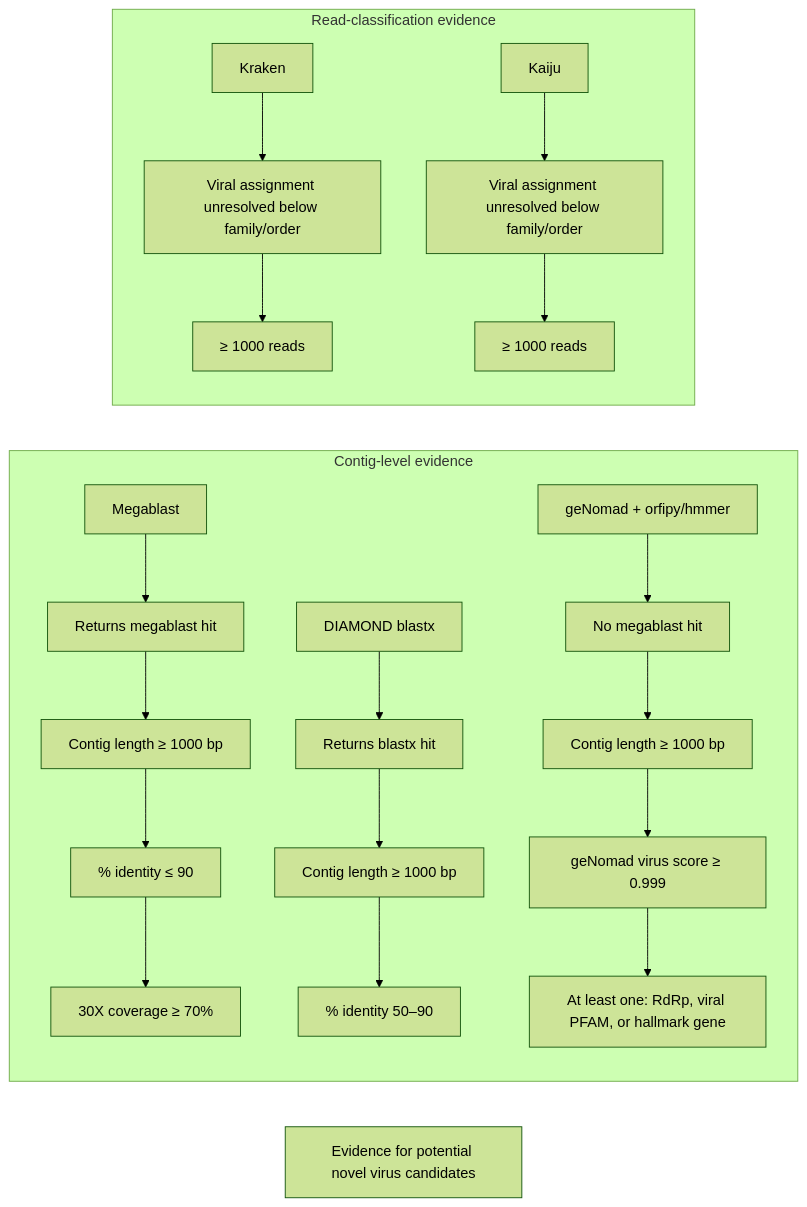
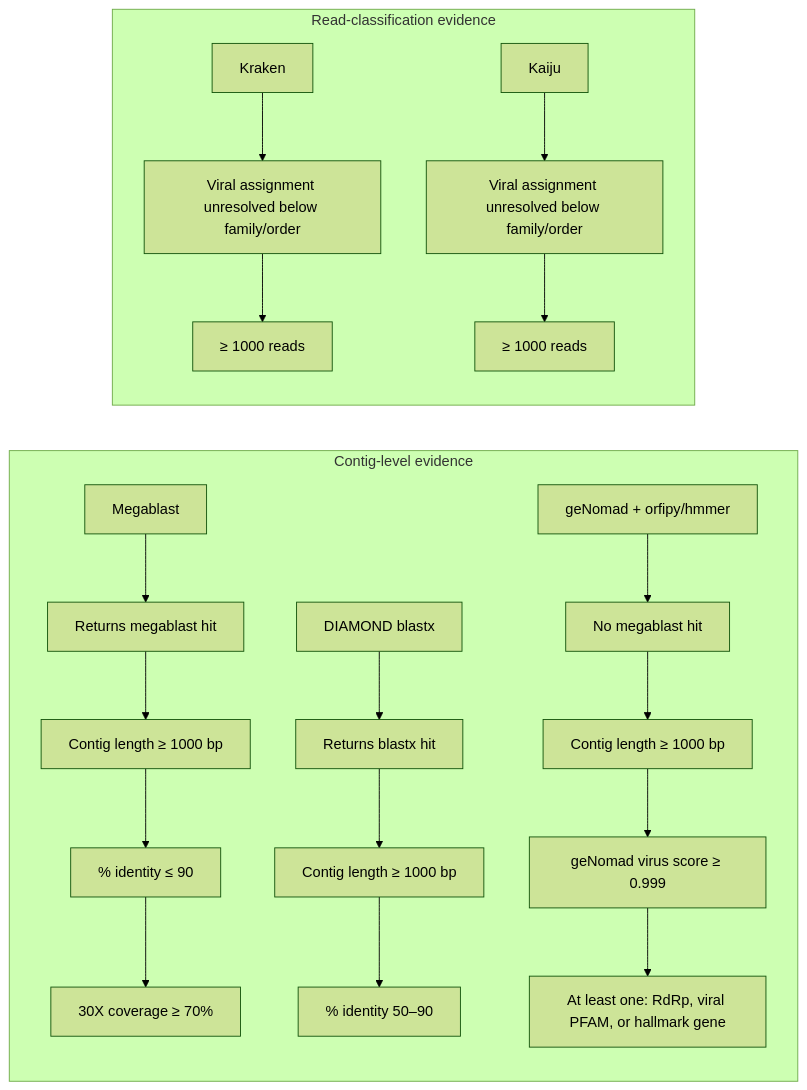
The diagram in README.md (qcif/daff-viral-assembly), drawn with Mermaid (forest theme) before and after one commit.

````diff
--- a/README.md
+++ b/README.md
@@ -368,28 +368,26 @@
 ```mermaid
 flowchart LR
-  A[Evidence for potential novel virus candidates]
-
   subgraph C[Contig-level evidence]
     M[Megablast] --> M1[Returns megablast hit]
     M1 --> M2[Contig length ≥ 1000 bp]
     M2 --> M3[% identity ≤ 90]
     M3 --> M4[30X coverage ≥ 70%]
 
     D[DIAMOND blastx] --> D1[Returns blastx hit]
     D1 --> D2[Contig length ≥ 1000 bp]
     D2 --> D3[% identity 50–90]
 
     G[geNomad + orfipy/hmmer] --> G1[No megablast hit]
     G1 --> G2[Contig length ≥ 1000 bp]
     G2 --> G3[geNomad virus score ≥ 0.999]
     G3 --> G4[At least one: RdRp, viral PFAM, or hallmark gene]
   end
 
   subgraph R[Read-classification evidence]
     K[Kraken] --> K1[Viral assignment unresolved below family/order]
     K1 --> K2[≥ 1000 reads]
 
     Ka[Kaiju] --> Ka1[Viral assignment unresolved below family/order]
     Ka1 --> Ka2[≥ 1000 reads]
   end
 ```
````
